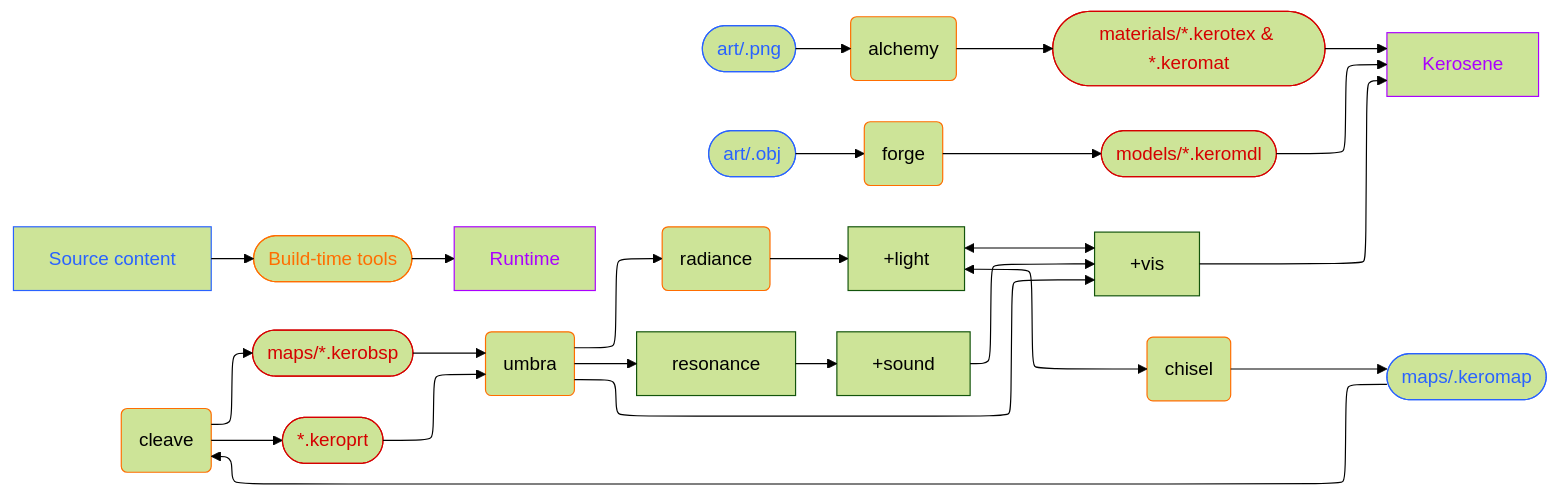
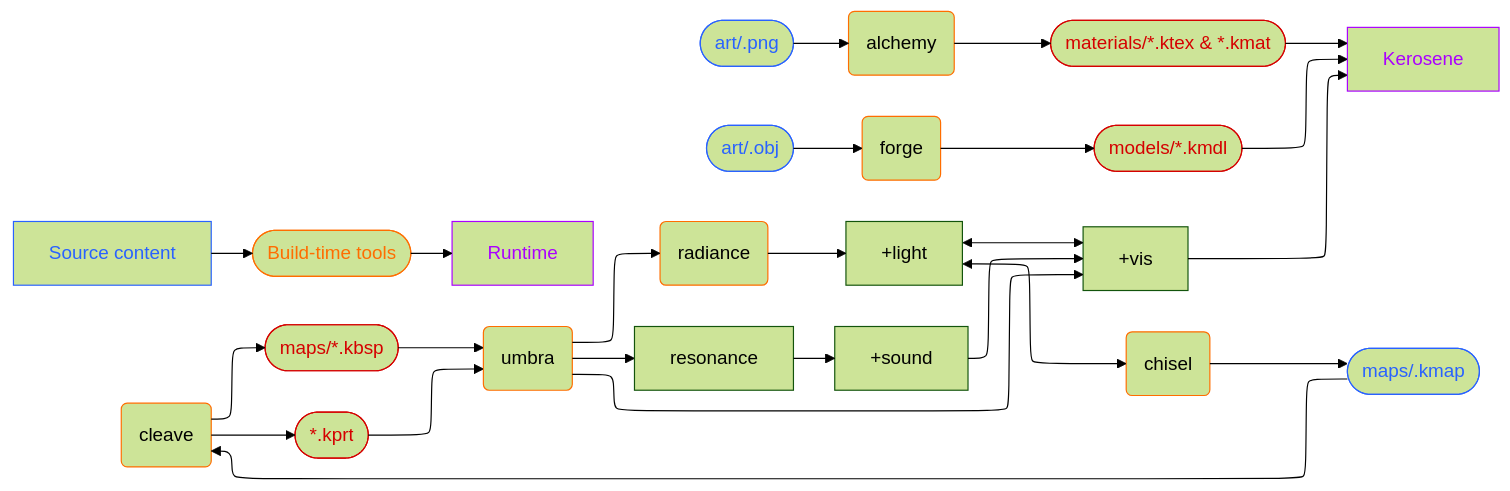
Before and after one commit to T342guy/Kerosene: the first of 2 diagrams in src/docs/architecture.md, drawn with Mermaid (forest theme). The commit also changed other lines of this file and 224 other files, not shown here.

````diff
--- a/src/docs/architecture.md
+++ b/src/docs/architecture.md
@@ -7,55 +7,55 @@
 ```mermaid
 ---
 config:
   layout: elk
 ---
 flowchart LR
     n1["Source content"] --> n2(["Build-time tools"])
     n2 --> n3["Runtime"]
     n4(["art/.png"]) --> n7@{ label: "<span style=\"color:\">alchemy</span>" }
-    n7 --> n8(["materials/*.kerotex &amp; *.keromat"])
+    n7 --> n8(["materials/*.ktex &amp; *.kmat"])
     n8 --> n9["Kerosene"]
     n5(["art/.obj"]) --> n10["forge"]
-    n10 --> n11(["models/*.keromdl"])
+    n10 --> n11(["models/*.kmdl"])
     n11 --> n9
-    n6(["maps/.keromap"]) --> n12["cleave"]
-    n12 --> n13(["maps/*.kerobsp"]) & n15(["`*.keroprt`"])
+    n6(["maps/.kmap"]) --> n12["cleave"]
+    n12 --> n13(["maps/*.kbsp"]) & n15(["`*.kprt`"])
     n13 --> n14["umbra"]
     n15 --> n14
     n14 --> n16["+vis"] & n17["radiance"] & n20["resonance"]
     n16 --> n9
     n17 --> n18["+light"]
     n20 --> n21["+sound"]
     n21 --> n16
     n18 <--> n16 & n19["chisel"]
     n19 --> n6
 
     n1@{ shape: rect}
     n3@{ shape: rect}
     n7@{ shape: rounded}
     n9@{ shape: rect}
     n10@{ shape: rounded}
     n12@{ shape: rounded}
     n14@{ shape: rounded}
     n16@{ shape: rect}
     n17@{ shape: rounded}
     n18@{ shape: rect}
     n19@{ shape: rounded}
     style n1 stroke:#2962FF,color:#2962FF
     style n2 stroke:#FF6D00,color:#FF6D00
     style n3 stroke:#AA00FF,color:#AA00FF
     style n4 stroke:#2962FF,color:#2962FF
     style n7 stroke:#FF6D00
     style n8 color:#D50000,stroke:#D50000
     style n9 color:#AA00FF,stroke:#AA00FF
     style n5 stroke:#2962FF,color:#2962FF
     style n10 stroke:#FF6D00
     style n11 color:#D50000,stroke:#D50000
     style n6 stroke:#2962FF,color:#2962FF
     style n12 stroke:#FF6D00
     style n13 color:#D50000,stroke:#D50000
     style n15 stroke:#D50000,color:#D50000
     style n14 stroke:#FF6D00
     style n17 stroke:#FF6D00
     style n19 stroke:#FF6D00
 ```
````
